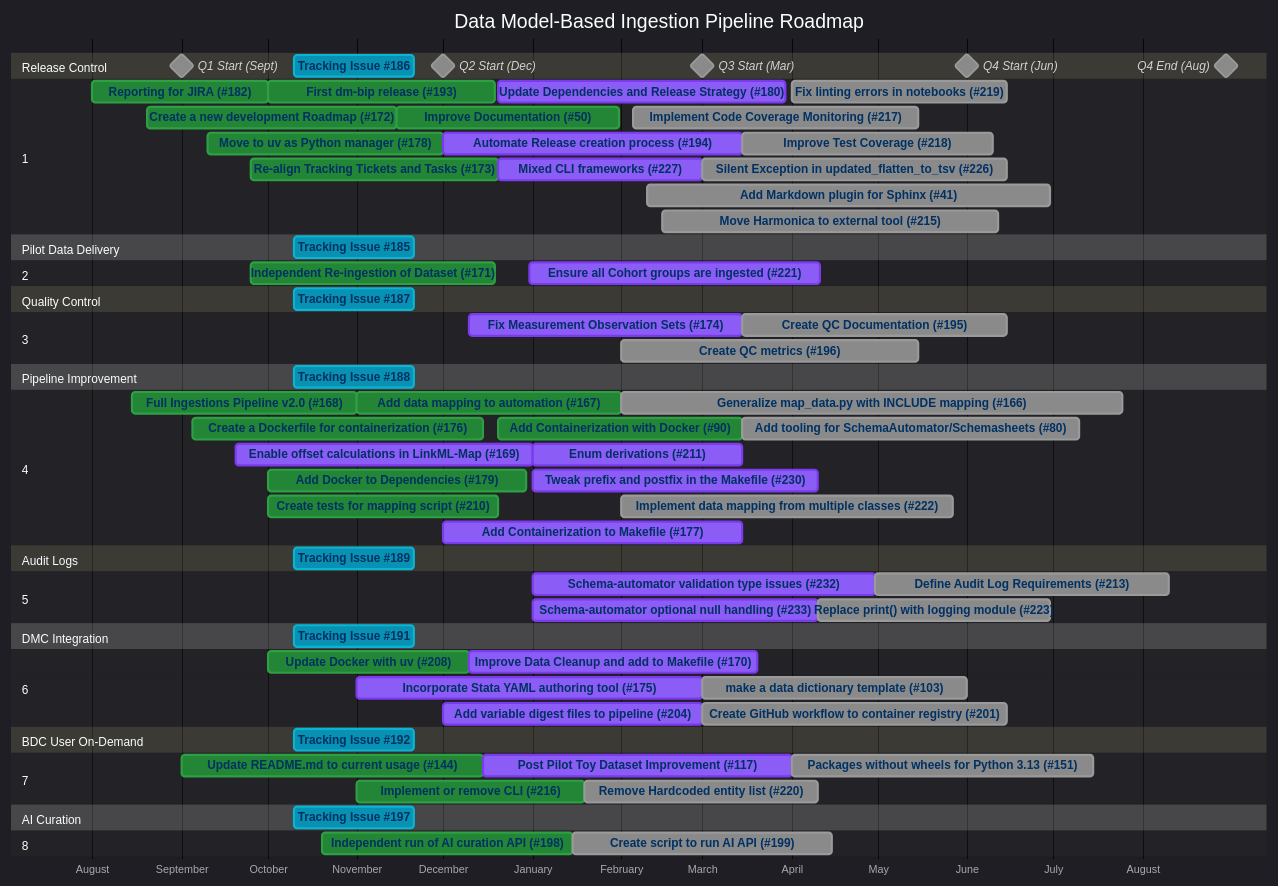
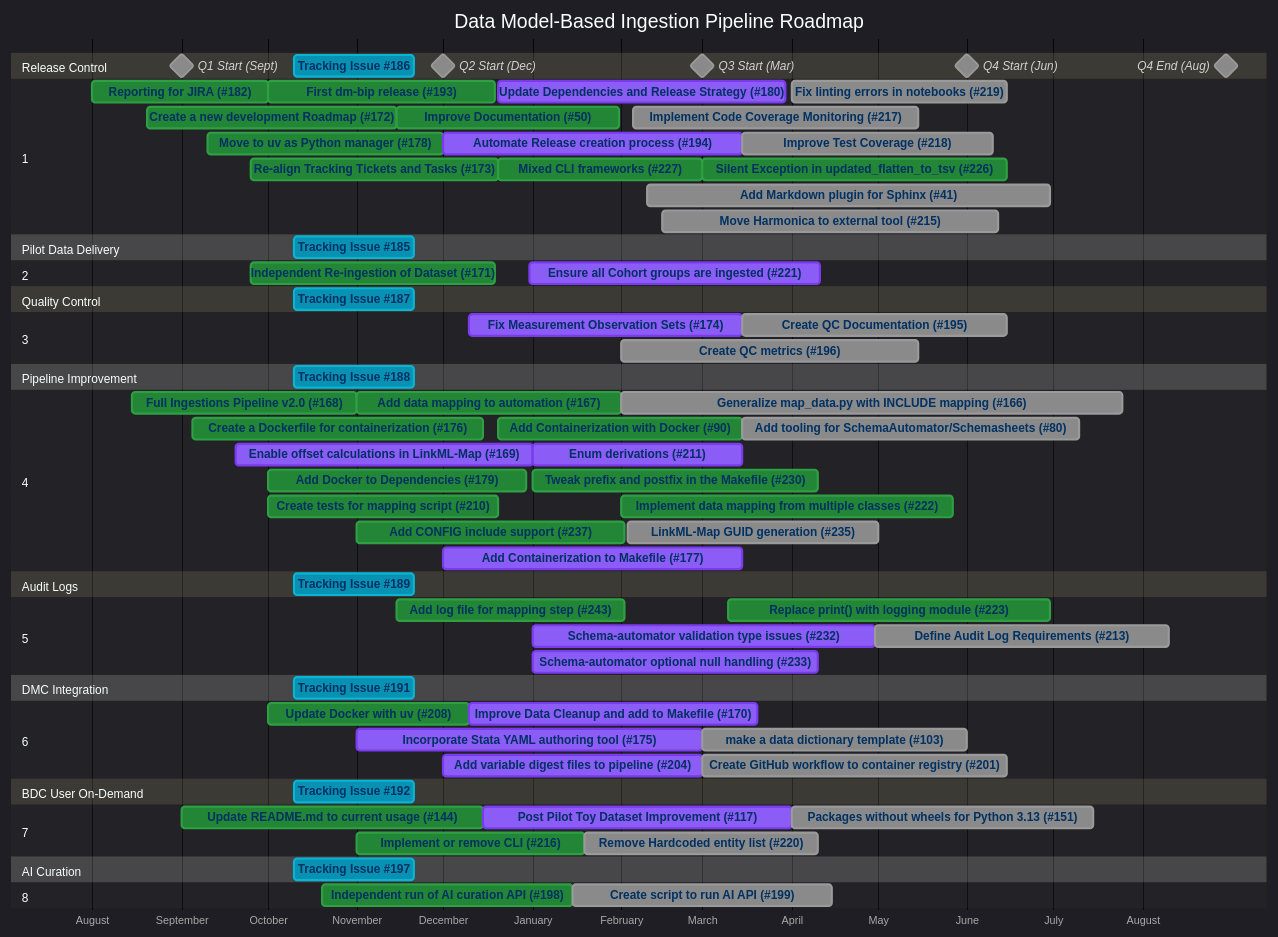
Before and after one commit to linkml/dm-bip: the diagram in DEVELOPMENT.md, drawn with Mermaid. The commit also changed other lines of this file, not shown here.

Commit message:
Sync roadmap with GitHub issues (Feb 2026) (#246)

```diff
--- a/DEVELOPMENT.md
+++ b/DEVELOPMENT.md
@@ -47,8 +49,8 @@
     Implement Code Coverage Monitoring (#217)           :i217, 2026-02-05, 2026-05-15
     Improve Test Coverage (#218)                        :i218, 2026-03-15, 2026-06-10
     Fix linting errors in notebooks (#219)              :i219, 2026-04-01, 2026-06-15
-    Silent Exception in updated_flatten_to_tsv (#226)   :i226, 2026-03-01, 2026-06-15
-    Mixed CLI frameworks (#227)                         :active, i227, 2025-12-20, 2026-03-01
+    Silent Exception in updated_flatten_to_tsv (#226)   :done, i226, 2026-03-01, 2026-06-15
+    Mixed CLI frameworks (#227)                         :done, i227, 2025-12-20, 2026-03-01
 
     section Pilot Data Delivery 
     Tracking Issue #185                     :crit, t185,2025-10-10, 6w
@@ -80,15 +82,18 @@
     Add tooling for SchemaAutomator/Schemasheets (#80)  :i80, 2026-03-15, 2026-07-10
     Generalize map_data.py with INCLUDE mapping (#166)  :i166, 2026-02-01, 2026-07-25
     Add Containerization with Docker (#90)              :done, i90, 2025-12-20, 2026-03-15
-    Implement data mapping from multiple classes (#222) :i222, 2026-02-01, 2026-05-27
-    Tweak prefix and postfix in the Makefile (#230)     :active, i230, 2026-01-01, 2026-04-10
+    Implement data mapping from multiple classes (#222) :done, i222, 2026-02-01, 2026-05-27
+    Tweak prefix and postfix in the Makefile (#230)     :done, i230, 2026-01-01, 2026-04-10
+    Add CONFIG include support (#237)                   :done, i237, 2025-11-01, 2026-02-02
+    LinkML-Map GUID generation (#235)                   :i235, 2026-02-03, 2026-05-01
 
     section Audit Logs
     Tracking Issue #189                     :crit, t189, 2025-10-10, 6w
 
     section 5 
     Define Audit Log Requirements (#213)               :i213, 2026-04-30, 2026-08-10
-    Replace print() with logging module (#223)         :i223, 2026-04-10, 2026-06-30
+    Replace print() with logging module (#223)         :done, i223, 2026-03-10, 2026-06-30
+    Add log file for mapping step (#243)               :done, i243, 2025-11-15, 2026-02-02
     Schema-automator validation type issues (#232)     :active, i232, 2026-01-01, 2026-04-30
     Schema-automator optional null handling (#233)     :active, i233, 2026-01-01, 2026-04-10
 
@@ -178,6 +183,9 @@
     click i230 href "https://github.com/linkml/dm-bip/issues/230"
     click i232 href "https://github.com/linkml/dm-bip/issues/232"
     click i233 href "https://github.com/linkml/dm-bip/issues/233"
+    click i235 href "https://github.com/linkml/dm-bip/issues/235"
+    click i237 href "https://github.com/linkml/dm-bip/issues/237"
+    click i243 href "https://github.com/linkml/dm-bip/issues/243"
 
     axisFormat %B
     tickInterval 1month
```
